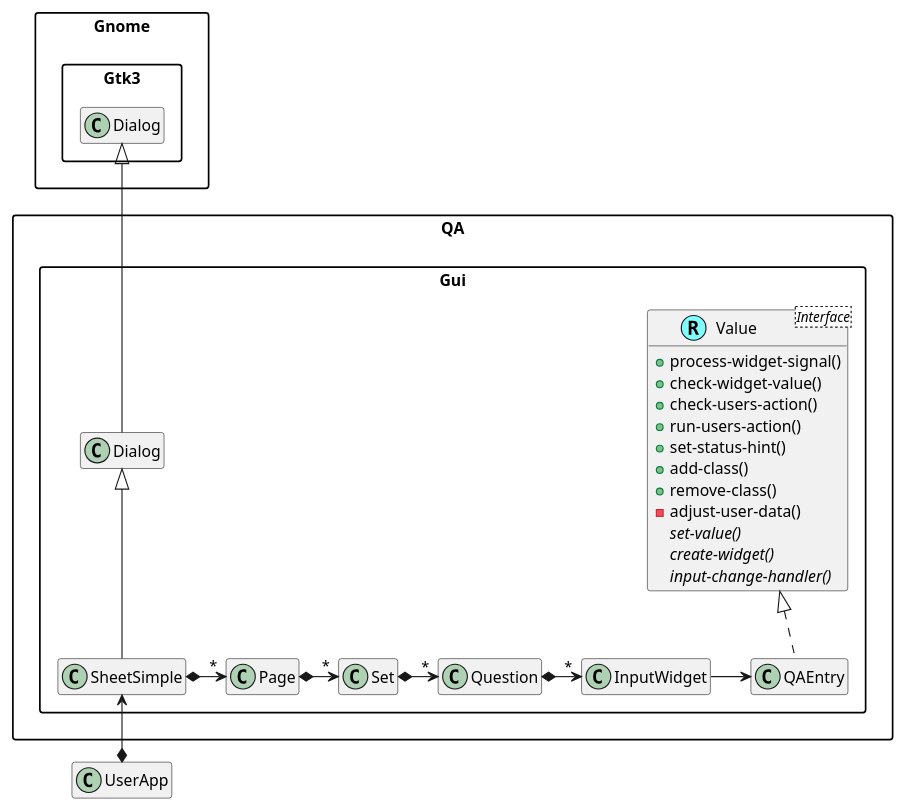
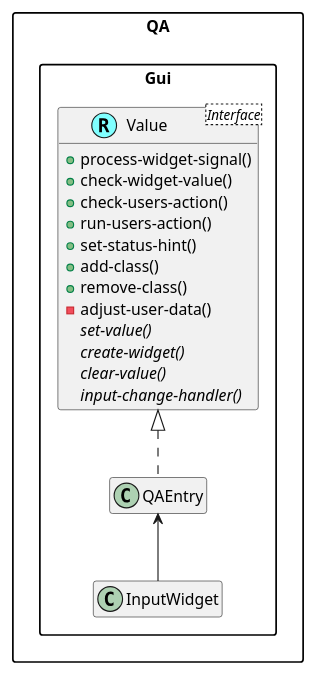
The fifth of 5 diagrams in doc/design.md (MARTIMM/question-answer), drawn with PlantUML before and after one commit. The commit also changed other lines of this file, not shown here.

````diff
--- a/doc/design.md
+++ b/doc/design.md
@@ -297,42 +328,44 @@
 ```plantuml
 scale 0.9
 skinparam packageStyle rectangle
 skinparam stereotypeCBackgroundColor #80ffff
+skinparam groupInheritance 2
 set namespaceSeparator ::
 hide empty members
 
 'Class and interface decorations
 'class
 
 Interface QA::Gui::Value <Interface>
 class QA::Gui::Value <<(R,#80ffff)>> {
   +process-widget-signal()
   +check-widget-value()
   +check-users-action()
   +run-users-action()
   +set-status-hint()
   +add-class()
   +remove-class()
   -adjust-user-data()
   {abstract} set-value()
   {abstract} create-widget()
+  {abstract} clear-value()
   {abstract} input-change-handler()
 }
 
 
-UserApp *-up-> QA::Gui::SheetSimple
-QA::Gui::Dialog <|-- QA::Gui::SheetSimple
-Gnome::Gtk3::Dialog <|-- QA::Gui::Dialog
+'UserApp *-up-> QA::Gui::SheetSimple
+'QA::Gui::Dialog <|-- QA::Gui::SheetSimple
+'Gnome::Gtk3::Dialog <|-- QA::Gui::Dialog
 
-QA::Gui::SheetSimple *-> "*" QA::Gui::Page
-QA::Gui::Page *-> "*" QA::Gui::Set
-QA::Gui::Set *-right-> "*" QA::Gui::Question
-QA::Gui::Question *-right-> "*" QA::Gui::InputWidget
+'QA::Gui::SheetSimple *-> "*" QA::Gui::Page
+'QA::Gui::Page *-> "*" QA::Gui::Set
+'QA::Gui::Set *-right-> "*" QA::Gui::Question
+'QA::Gui::Question *-right-> "*" QA::Gui::InputWidget
 
-QA::Gui::InputWidget -> QA::Gui::QAEntry
+QA::Gui::InputWidget -up-> QA::Gui::QAEntry
 QA::Gui::Value <|.. QA::Gui::QAEntry
 
 'QA::Gui:: <-- QA::Gui::InputWidget
 'QA::Gui:: <-- QA::Gui::InputWidget
 'QA::Gui:: <-- QA::Gui::InputWidget
 ```
````
